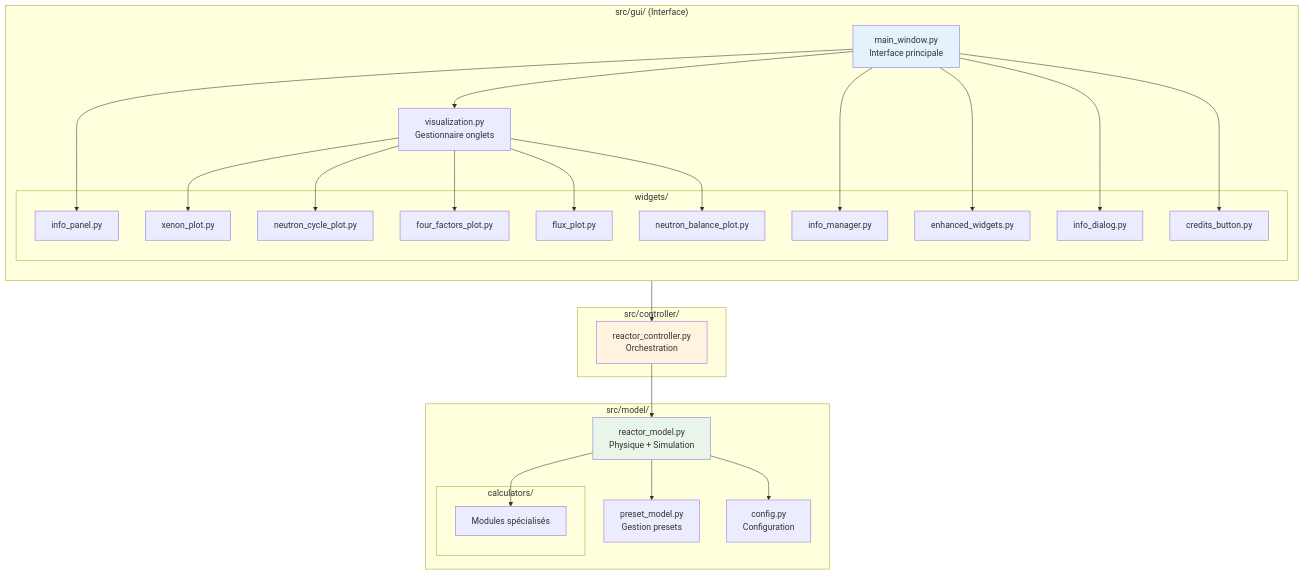
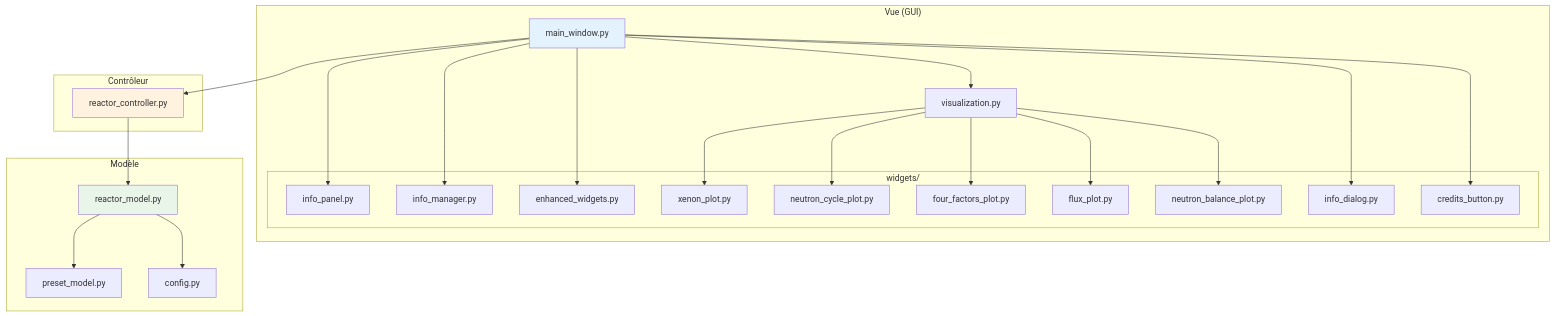
The first of 9 diagrams in docs/mermaid.md (gaBBtry/NeutroScope), drawn with Mermaid before and after one commit. The commit also changed other lines of this file, not shown here.

````diff
--- a/docs/mermaid.md
+++ b/docs/mermaid.md
@@ -39,58 +7,45 @@
 ```mermaid
 graph TB
-    subgraph "src/gui/ (Interface)"
-        direction TB
-        MW[main_window.py<br/>Interface principale]
-        VZ[visualization.py<br/>Gestionnaire onglets]
-        
+    subgraph "Vue (GUI)"
+        MW[main_window.py]
+        VZ[visualization.py]
         subgraph "widgets/"
             IP[info_panel.py]
             IM[info_manager.py]
             EW[enhanced_widgets.py]
             XP[xenon_plot.py]
             NC[neutron_cycle_plot.py]
             FF[four_factors_plot.py]
             FP[flux_plot.py]
             NB[neutron_balance_plot.py]
             ID[info_dialog.py]
             CB[credits_button.py]
         end
-        
         MW --> VZ
         VZ --> XP
         VZ --> NC
         VZ --> FF
         VZ --> FP
         VZ --> NB
         MW --> IP
         MW --> IM
         MW --> EW
         MW --> ID
         MW --> CB
     end
-    
-    subgraph "src/controller/"
-        RC[reactor_controller.py<br/>Orchestration]
+    subgraph "Contrôleur"
+        RC[reactor_controller.py]
     end
-    
-    subgraph "src/model/"
-        RM[reactor_model.py<br/>Physique + Simulation]
-        PM[preset_model.py<br/>Gestion presets]
-        C[config.py<br/>Configuration]
-        
-        subgraph "calculators/"
-            CALC[Modules spécialisés]
-        end
-        
-        RM --> PM
-        RM --> C
-        RM --> CALC
+    subgraph "Modèle"
+        RM[reactor_model.py]
+        PM[preset_model.py]
+        CFG[config.py]
     end
-    
     MW --> RC
     RC --> RM
-    
+    RM --> PM
+    RM --> CFG
     style MW fill:#e3f2fd
     style RC fill:#fff3e0
     style RM fill:#e8f5e8
 ```
````
